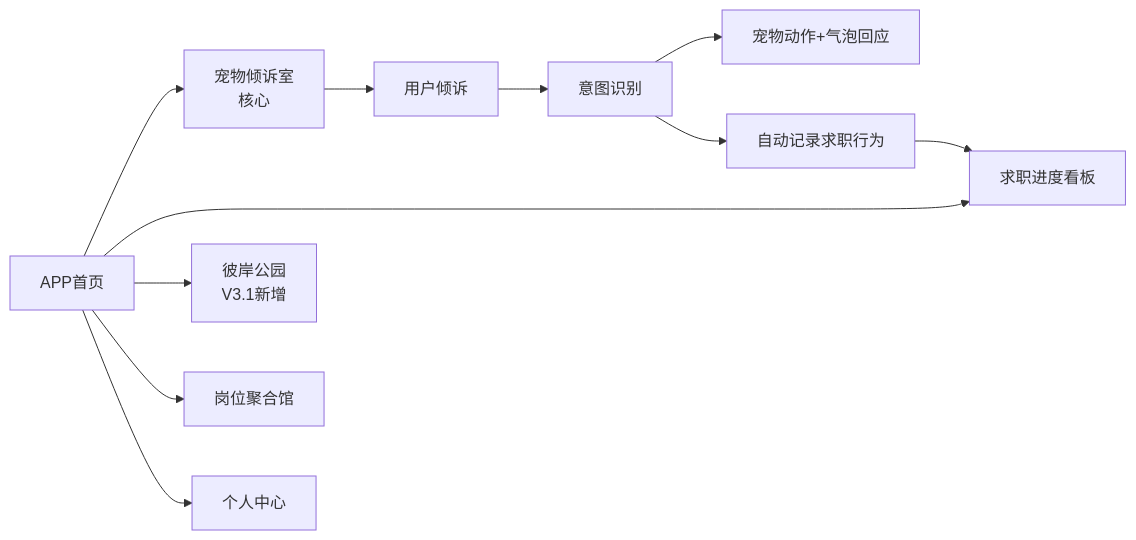
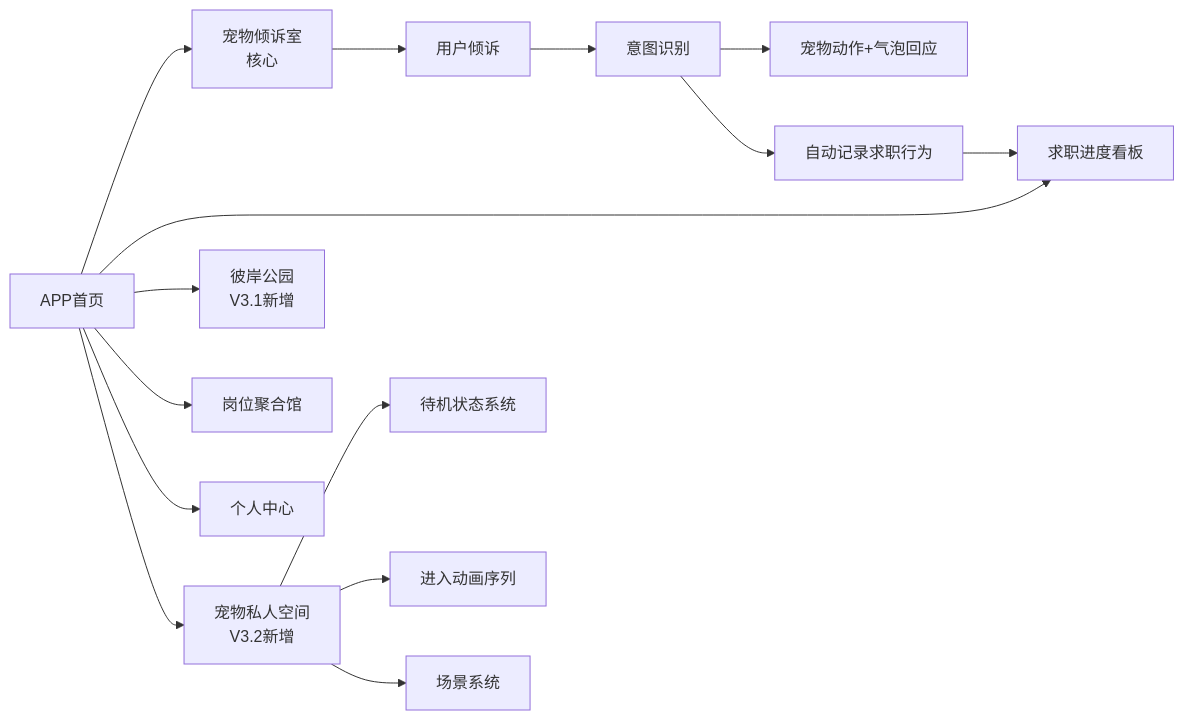
The first of 7 diagrams in docs/《职宠小窝》APP 产品全案（V3.1 迭代修订版）.markdown (BreakingTheDawn/GuguPet), drawn with Mermaid before and after one commit. The commit also changed other lines of this file and 76 other files, not shown here.

````diff
--- a/docs/《职宠小窝》APP 产品全案（V3.1 迭代修订版）.markdown
+++ b/docs/《职宠小窝》APP 产品全案（V3.1 迭代修订版）.markdown
@@ -47,14 +47,19 @@
 ```mermaid
 flowchart LR
     A[APP首页] --> B[宠物倾诉室<br/>核心]
     A --> C[求职进度看板]
     A --> D[彼岸公园<br/>V3.1新增]
     A --> E[岗位聚合馆]
     A --> F[个人中心]
+    A --> G[宠物私人空间<br/>V3.2新增]
     
-    B --> G[用户倾诉]
-    G --> H[意图识别]
-    H --> I[宠物动作+气泡回应]
-    H --> J[自动记录求职行为]
-    J --> C
+    B --> H[用户倾诉]
+    H --> I[意图识别]
+    I --> J[宠物动作+气泡回应]
+    I --> K[自动记录求职行为]
+    K --> C
+    
+    G --> L[待机状态系统]
+    G --> M[进入动画序列]
+    G --> N[场景系统]
 ```
````
